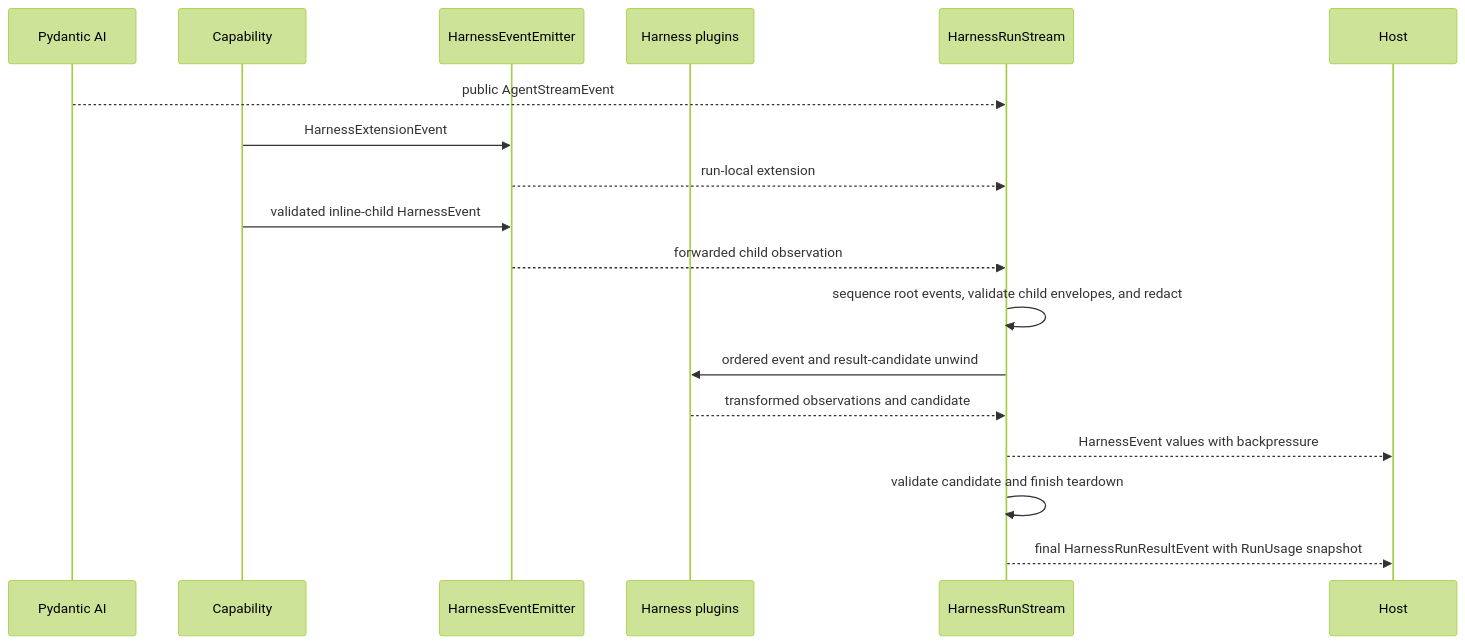
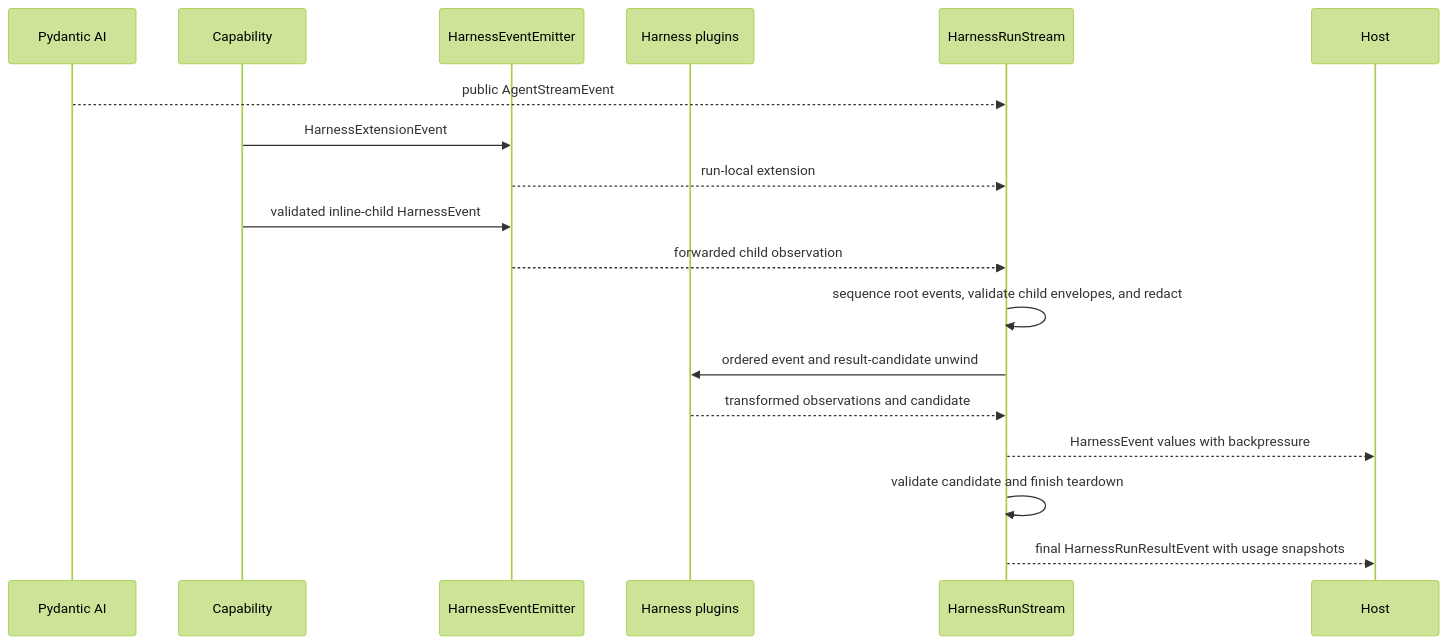
The first of 2 diagrams in spec/agent-harness/12-events-observability-and-usage.md (LTThreeComma/agent-foundation), drawn with Mermaid (forest theme) before and after one commit. The commit also changed other lines of this file and 150 other files, not shown here.

````diff
--- a/spec/agent-harness/12-events-observability-and-usage.md
+++ b/spec/agent-harness/12-events-observability-and-usage.md
@@ -48,21 +48,21 @@
 ```mermaid
 sequenceDiagram
     participant PAI as Pydantic AI
     participant Capability
     participant Emitter as HarnessEventEmitter
     participant Plugins as Harness plugins
     participant Stream as HarnessRunStream
     participant Host
 
     PAI-->>Stream: public AgentStreamEvent
     Capability->>Emitter: HarnessExtensionEvent
     Emitter-->>Stream: run-local extension
     Capability->>Emitter: validated inline-child HarnessEvent
     Emitter-->>Stream: forwarded child observation
     Stream->>Stream: sequence root events, validate child envelopes, and redact
     Stream->>Plugins: ordered event and result-candidate unwind
     Plugins-->>Stream: transformed observations and candidate
     Stream-->>Host: HarnessEvent values with backpressure
     Stream->>Stream: validate candidate and finish teardown
-    Stream-->>Host: final HarnessRunResultEvent with RunUsage snapshot
+    Stream-->>Host: final HarnessRunResultEvent with usage snapshots
 ```
````
